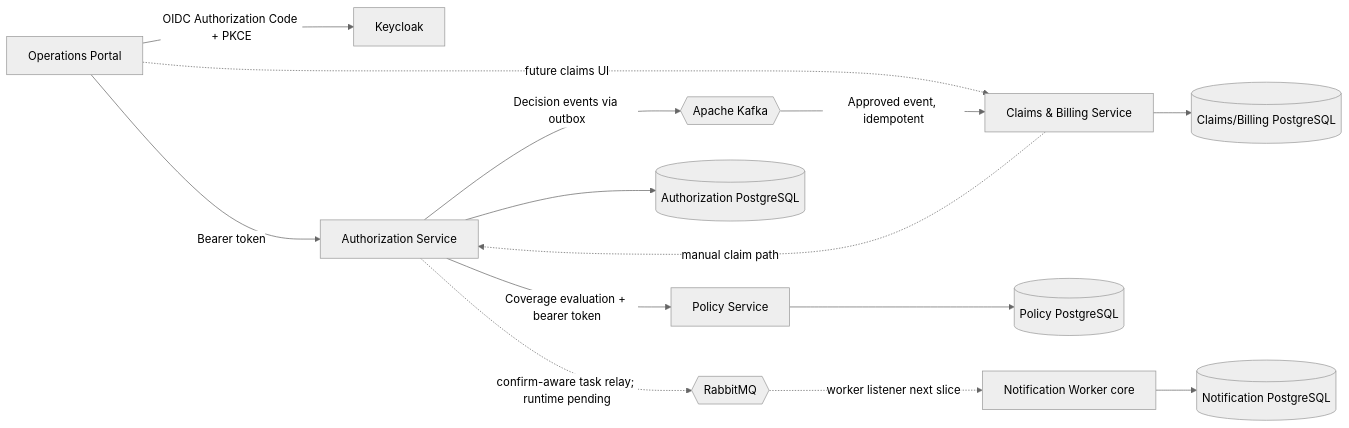
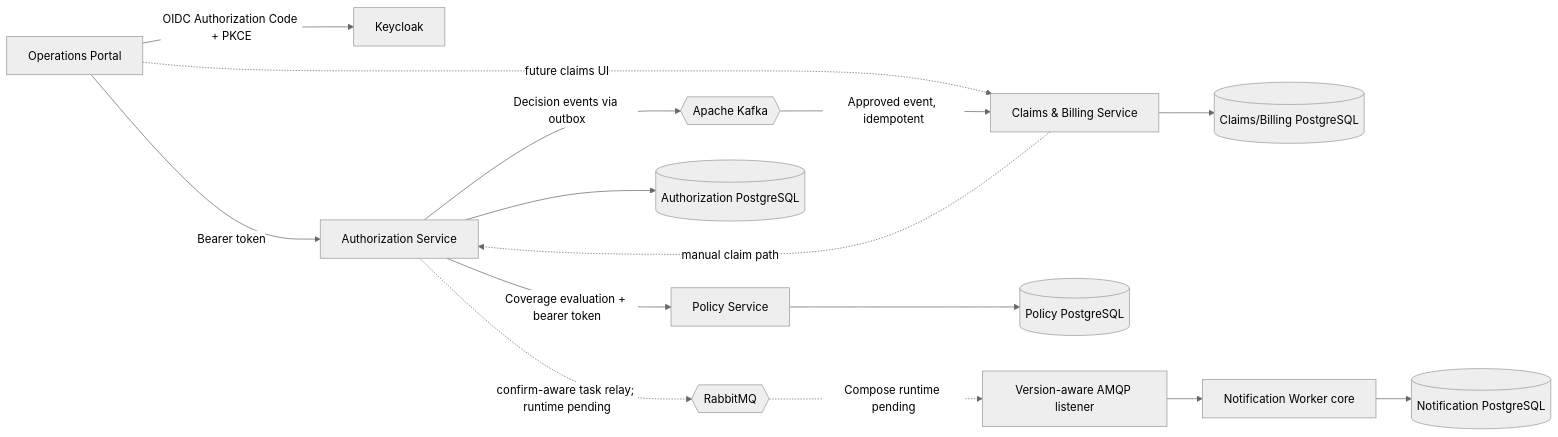
Before and after one commit to aydindemir1/health-insurance-platform: the diagram in docs/project-technical-walkthrough.md, drawn with Mermaid (neutral theme). The commit also changed other lines of this file and 5 other files, not shown here.

````diff
--- a/docs/project-technical-walkthrough.md
+++ b/docs/project-technical-walkthrough.md
@@ -143,16 +146,17 @@
 ```mermaid
 flowchart LR
     Browser[Operations Portal] -->|OIDC Authorization Code + PKCE| KC[Keycloak]
     Browser -->|Bearer token| Auth[Authorization Service]
     Auth -->|Coverage evaluation + bearer token| Policy[Policy Service]
     Auth -->|Decision events via outbox| Kafka{{Apache Kafka}}
     Browser -. future claims UI .-> Claims[Claims & Billing Service]
     Kafka -->|Approved event, idempotent| Claims
     Claims -. manual claim path .-> Auth
     Auth --> AuthDB[(Authorization PostgreSQL)]
     Policy --> PolicyDB[(Policy PostgreSQL)]
     Claims --> ClaimsDB[(Claims/Billing PostgreSQL)]
     Auth -. confirm-aware task relay; runtime pending .-> Rabbit{{RabbitMQ}}
-    Rabbit -. worker listener next slice .-> Worker[Notification Worker core]
+    Rabbit -. Compose runtime pending .-> Listener[Version-aware AMQP listener]
+    Listener --> Worker[Notification Worker core]
     Worker --> WorkerDB[(Notification PostgreSQL)]
 ```
````
